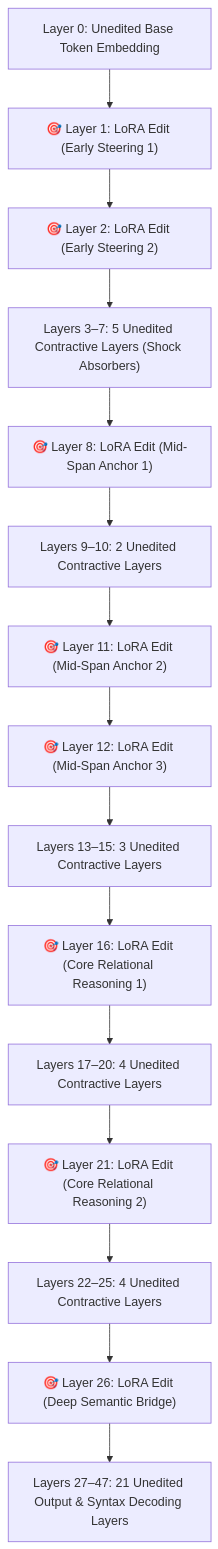
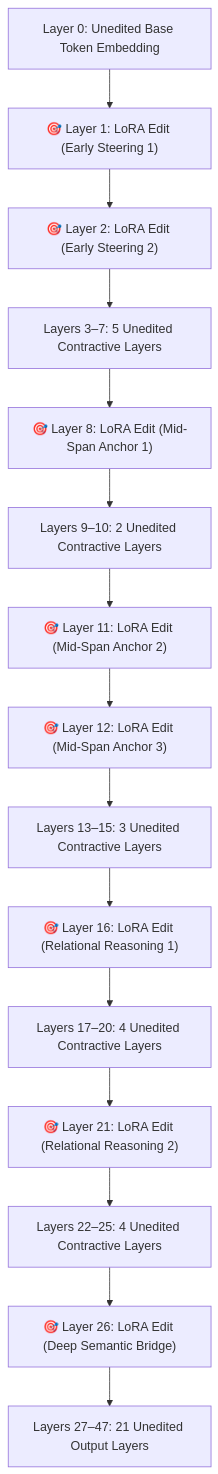
One commit to srishanthsriramula/ReseachX changed the diagram in obsidian/ReseachX/03_Architectures/Stratified_Layer_Signature_01.md. Above: the diagram before and after it, drawn with Mermaid. The commit also changed other lines of this file and 5 other files, not shown here.

Commit message:
Optimize architectural Mermaid diagrams into single-column responsive vertical layouts to guarantee 100% fit on all screen sizes

````diff
--- a/obsidian/ReseachX/03_Architectures/Stratified_Layer_Signature_01.md
+++ b/obsidian/ReseachX/03_Architectures/Stratified_Layer_Signature_01.md
@@ -12,17 +12,17 @@
 ```mermaid
 flowchart TD
     L0["Layer 0: Unedited Base Token Embedding"] --> L1["🎯 Layer 1: LoRA Edit (Early Steering 1)"]
     L1 --> L2["🎯 Layer 2: LoRA Edit (Early Steering 2)"]
-    L2 --> U1["Layers 3–7: 5 Unedited Contractive Layers (Shock Absorbers)"]
+    L2 --> U1["Layers 3–7: 5 Unedited Contractive Layers"]
     U1 --> L8["🎯 Layer 8: LoRA Edit (Mid-Span Anchor 1)"]
     L8 --> U2["Layers 9–10: 2 Unedited Contractive Layers"]
     U2 --> L11["🎯 Layer 11: LoRA Edit (Mid-Span Anchor 2)"]
     L11 --> L12["🎯 Layer 12: LoRA Edit (Mid-Span Anchor 3)"]
     L12 --> U3["Layers 13–15: 3 Unedited Contractive Layers"]
-    U3 --> L16["🎯 Layer 16: LoRA Edit (Core Relational Reasoning 1)"]
+    U3 --> L16["🎯 Layer 16: LoRA Edit (Relational Reasoning 1)"]
     L16 --> U4["Layers 17–20: 4 Unedited Contractive Layers"]
-    U4 --> L21["🎯 Layer 21: LoRA Edit (Core Relational Reasoning 2)"]
+    U4 --> L21["🎯 Layer 21: LoRA Edit (Relational Reasoning 2)"]
     L21 --> U5["Layers 22–25: 4 Unedited Contractive Layers"]
     U5 --> L26["🎯 Layer 26: LoRA Edit (Deep Semantic Bridge)"]
-    L26 --> U6["Layers 27–47: 21 Unedited Output & Syntax Decoding Layers"]
+    L26 --> U6["Layers 27–47: 21 Unedited Output Layers"]
 ```
````
